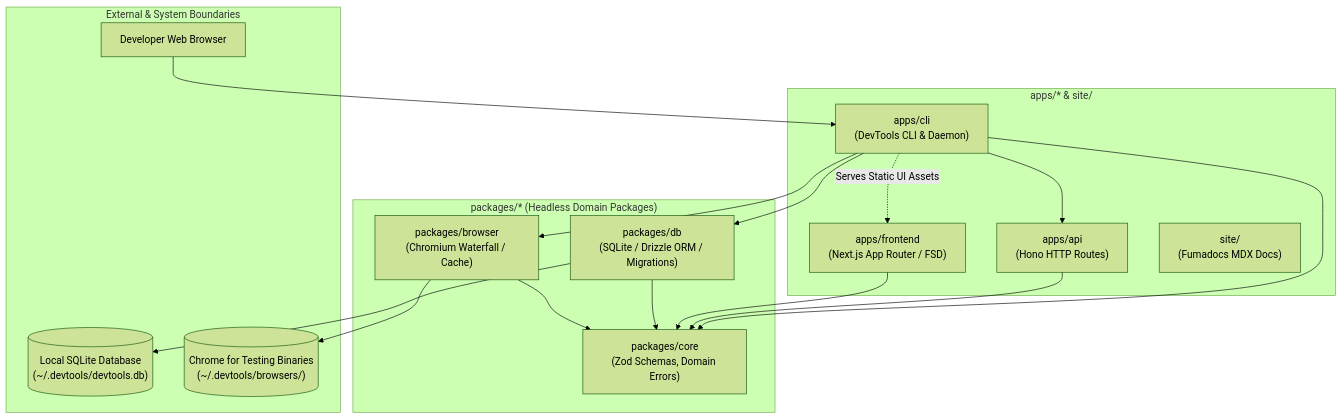
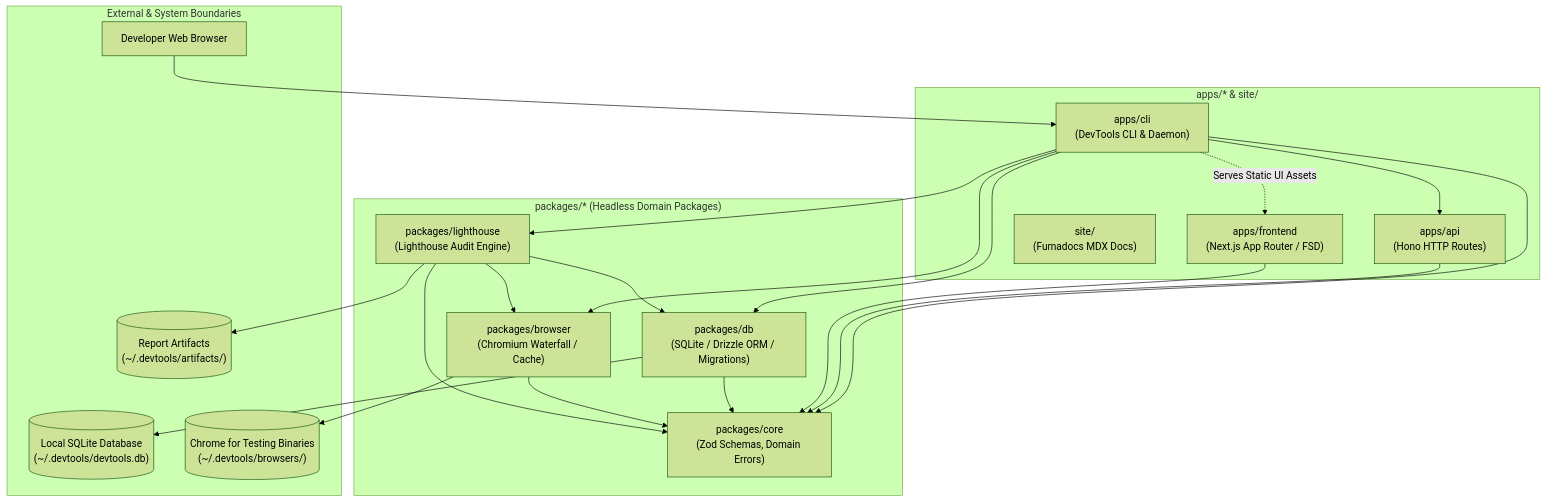
The diagram in ARCHITECTURE.md (ahmedhanye/devtools), drawn with Mermaid (forest theme) before and after one commit. The commit also changed other lines of this file and 4 other files, not shown here.

Commit message:
docs: update system architecture and package reference docs for lighthouse

````diff
--- a/ARCHITECTURE.md
+++ b/ARCHITECTURE.md
@@ -20,34 +20,41 @@
 ```mermaid
 graph TD
   subgraph Applications ["apps/* & site/"]
     CLI["apps/cli<br/>(DevTools CLI & Daemon)"]
     API["apps/api<br/>(Hono HTTP Routes)"]
     Frontend["apps/frontend<br/>(Next.js App Router / FSD)"]
     Site["site/<br/>(Fumadocs MDX Docs)"]
   end
 
   subgraph Packages ["packages/* (Headless Domain Packages)"]
     Core["packages/core<br/>(Zod Schemas, Domain Errors)"]
     DB["packages/db<br/>(SQLite / Drizzle ORM / Migrations)"]
     Browser["packages/browser<br/>(Chromium Waterfall / Cache)"]
+    Lighthouse["packages/lighthouse<br/>(Lighthouse Audit Engine)"]
   end
 
   subgraph External ["External & System Boundaries"]
     SQLiteFile[("Local SQLite Database<br/>(~/.devtools/devtools.db)")]
     CfT[("Chrome for Testing Binaries<br/>(~/.devtools/browsers/)")]
+    Artifacts[("Report Artifacts<br/>(~/.devtools/artifacts/)")]
     BrowserClient["Developer Web Browser"]
   end
 
   CLI --> API
   CLI --> Core
   CLI --> DB
   CLI --> Browser
+  CLI --> Lighthouse
   API --> Core
   Frontend --> Core
   DB --> Core
   DB --> SQLiteFile
   Browser --> Core
   Browser --> CfT
+  Lighthouse --> Core
+  Lighthouse --> DB
+  Lighthouse --> Browser
+  Lighthouse --> Artifacts
   BrowserClient --> CLI
   CLI -.->|Serves Static UI Assets| Frontend
 ```
````
